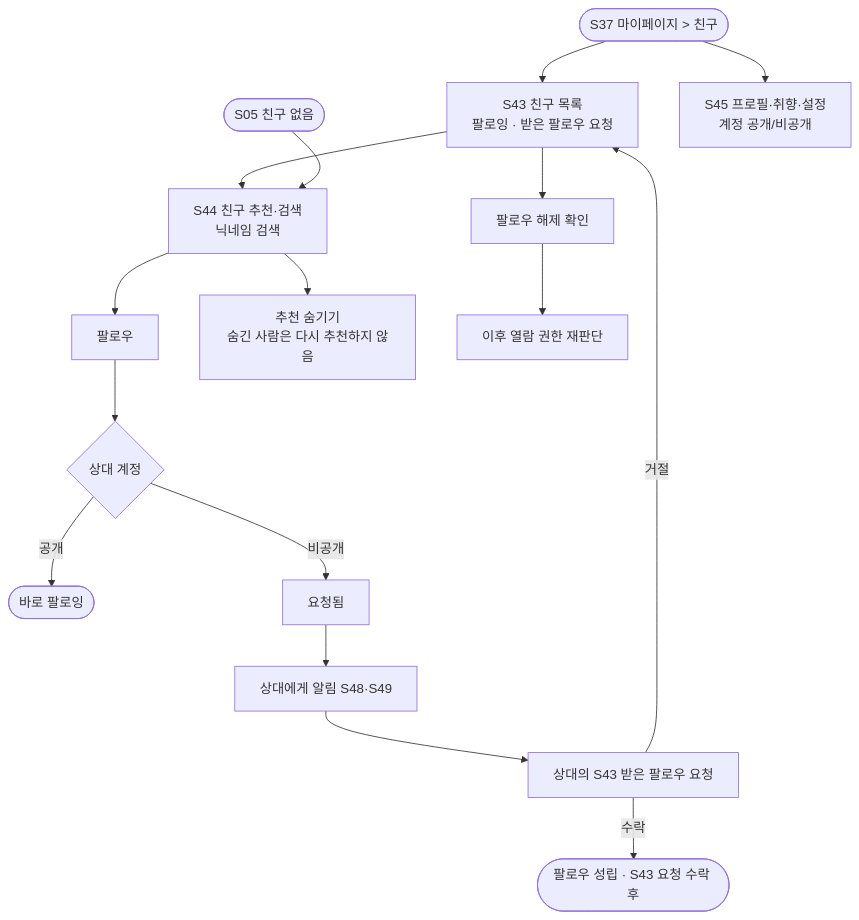
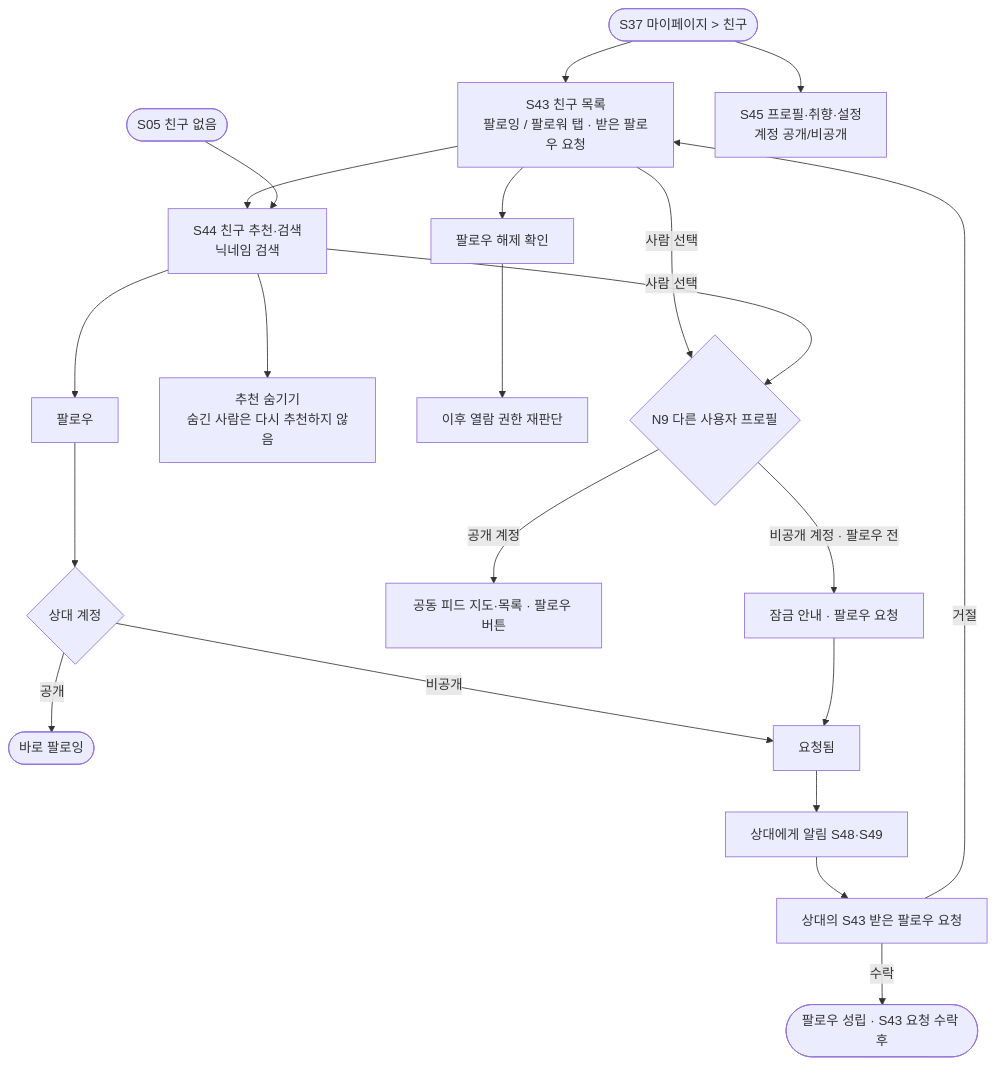
Before and after one commit to a204-eodilog/eodilog: the fourth of 24 diagrams in docs/flow/user-flow.md, drawn with Mermaid. The commit also changed other lines of this file and 1 other file, not shown here.

First line of the commit message:
Docs : 새 화면 반영해 화면 목록과 사용자 흐름 갱신

````diff
--- a/docs/flow/user-flow.md
+++ b/docs/flow/user-flow.md
@@ -115,16 +117,20 @@
 ```mermaid
 flowchart TD
-    MY(["S37 마이페이지 > 친구"]) --> S43["S43 친구 목록<br/>팔로잉 · 받은 팔로우 요청"]
+    MY(["S37 마이페이지 > 친구"]) --> S43["S43 친구 목록<br/>팔로잉 / 팔로워 탭 · 받은 팔로우 요청"]
     S43 --> S44["S44 친구 추천·검색<br/>닉네임 검색"]
     S05E(["S05 친구 없음"]) --> S44
     S44 --> FOL["팔로우"]
     FOL --> TY{"상대 계정"}
     TY -- "공개" --> OK(["바로 팔로잉"])
     TY -- "비공개" --> REQ["요청됨"]
     REQ --> NT["상대에게 알림 S48·S49"] --> INB["상대의 S43 받은 팔로우 요청"]
     INB -- "수락" --> OK2(["팔로우 성립 · S43 요청 수락 후"])
     INB -- "거절" --> S43
     S44 --> HIDE["추천 숨기기<br/>숨긴 사람은 다시 추천하지 않음"]
     S43 --> UNF["팔로우 해제 확인"] --> RE["이후 열람 권한 재판단"]
+    S43 -- "사람 선택" --> N9{"N9 다른 사용자 프로필"}
+    S44 -- "사람 선택" --> N9
+    N9 -- "공개 계정" --> PUBP["공동 피드 지도·목록 · 팔로우 버튼"]
+    N9 -- "비공개 계정 · 팔로우 전" --> LOCK["잠금 안내 · 팔로우 요청"] --> REQ
     MY --> S45["S45 프로필·취향·설정<br/>계정 공개/비공개"]
 ```
````
